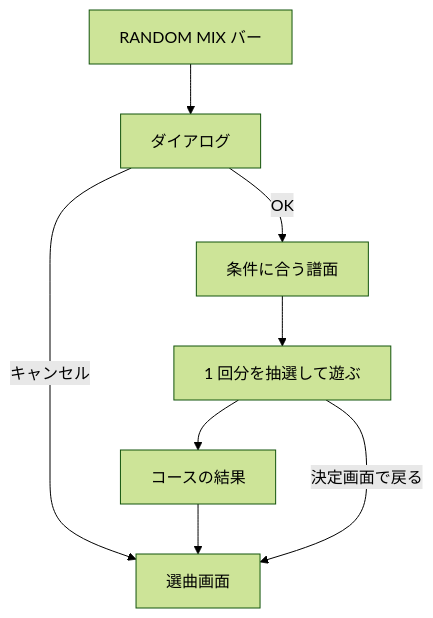
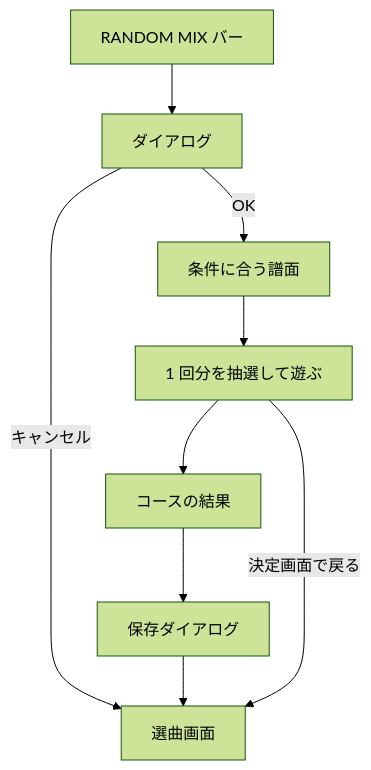
One commit to nulltask/be-music changed the eighth of 12 diagrams in docs/course.ja.md. Above: the diagram before and after it, drawn with Mermaid (forest theme). The commit also changed other lines of this file and 32 other files, not shown here.

````diff
--- a/docs/course.ja.md
+++ b/docs/course.ja.md
@@ -292,10 +292,11 @@
 ```mermaid
 flowchart TD
     bar[RANDOM MIX バー] --> dialog[ダイアログ]
     dialog -->|キャンセル| select[選曲画面]
     dialog -->|OK| pool[条件に合う譜面]
     pool --> run[1 回分を抽選して遊ぶ]
     run --> result[コースの結果]
-    result --> select
+    result --> save[保存ダイアログ]
+    save --> select
     run -->|決定画面で戻る| select
 ```
````
